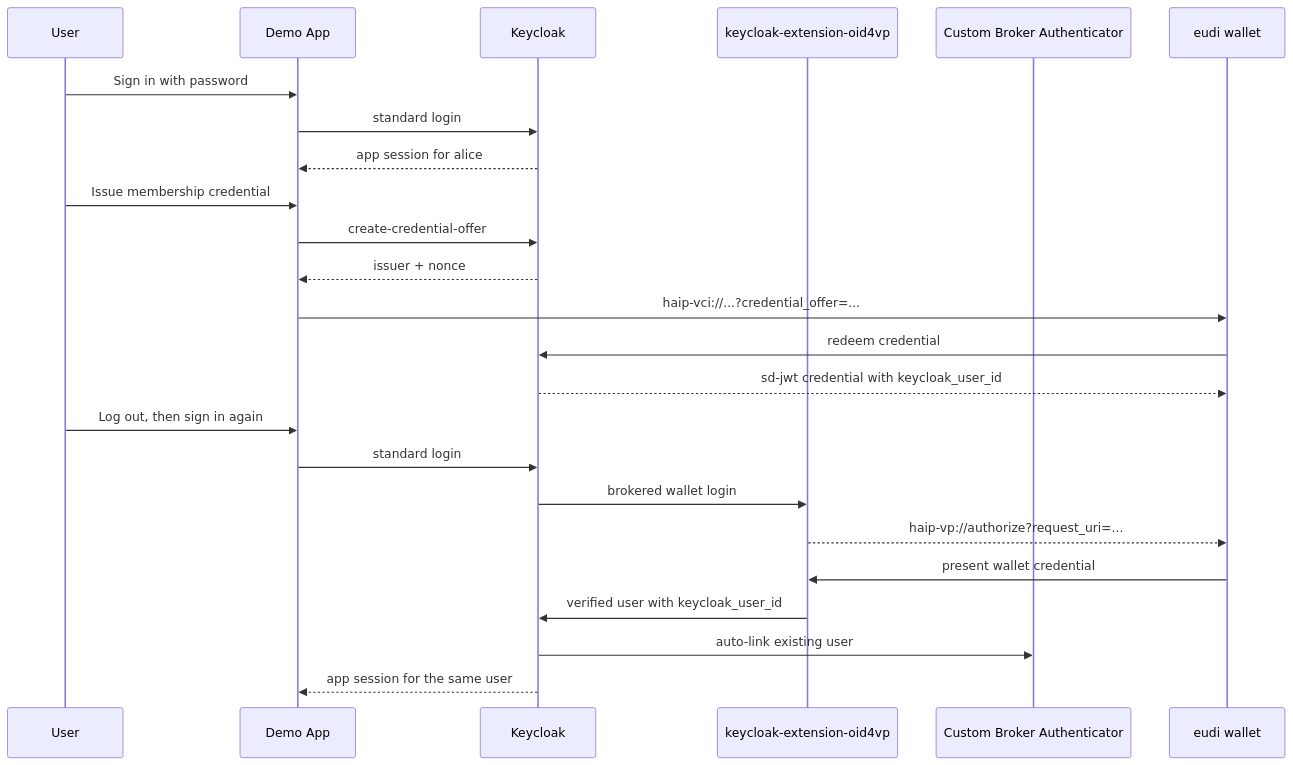
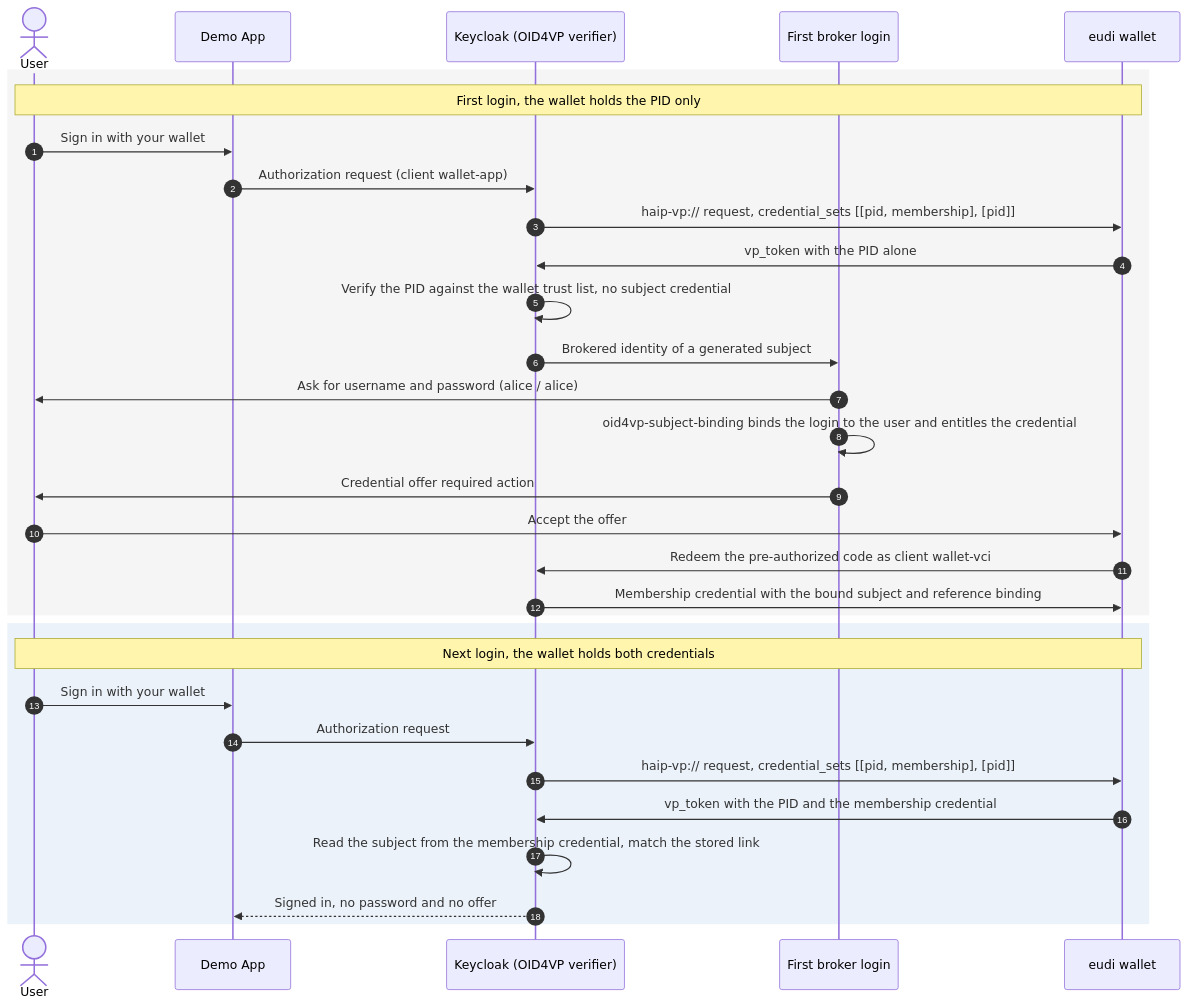
Before and after one commit to dominikschlosser/eudi-dev: the diagram in examples/keycloak-issuer-verifier-app/README.md, drawn with Mermaid. The commit also changed other lines of this file and 47 other files, not shown here.

Commit message:
fix: update the keycloak issuer example for keycloak 26.7.2

````diff
--- a/examples/keycloak-issuer-verifier-app/README.md
+++ b/examples/keycloak-issuer-verifier-app/README.md
@@ -38,28 +11,35 @@
 ```mermaid
 sequenceDiagram
-    participant U as User
+    autonumber
+    actor U as User
     participant APP as Demo App
-    participant KC as Keycloak
-    participant EXT as keycloak-extension-oid4vp
-    participant BROKER as Custom Broker Authenticator
+    participant KC as Keycloak (OID4VP verifier)
+    participant BROKER as First broker login
     participant W as eudi wallet
 
-    U->>APP: Sign in with password
-    APP->>KC: standard login
-    KC-->>APP: app session for alice
-    U->>APP: Issue membership credential
-    APP->>KC: create-credential-offer
-    KC-->>APP: issuer + nonce
-    APP->>W: haip-vci://...?credential_offer=...
-    W->>KC: redeem credential
-    KC-->>W: sd-jwt credential with keycloak_user_id
+    rect rgb(245, 245, 245)
+    note over U, W: First login, the wallet holds the PID only
+    U->>APP: Sign in with your wallet
+    APP->>KC: Authorization request (client wallet-app)
+    KC->>W: haip-vp:// request, credential_sets [[pid, membership], [pid]]
+    W->>KC: vp_token with the PID alone
+    KC->>KC: Verify the PID against the wallet trust list, no subject credential
+    KC->>BROKER: Brokered identity of a generated subject
+    BROKER->>U: Ask for username and password (alice / alice)
+    BROKER->>BROKER: oid4vp-subject-binding binds the login to the user and entitles the credential
+    BROKER->>U: Credential offer required action
+    U->>W: Accept the offer
+    W->>KC: Redeem the pre-authorized code as client wallet-vci
+    KC->>W: Membership credential with the bound subject and reference binding
+    end
 
-    U->>APP: Log out, then sign in again
-    APP->>KC: standard login
-    KC->>EXT: brokered wallet login
-    EXT-->>W: haip-vp://authorize?request_uri=...
-    W->>EXT: present wallet credential
-    EXT->>KC: verified user with keycloak_user_id
-    KC->>BROKER: auto-link existing user
-    KC-->>APP: app session for the same user
+    rect rgb(235, 242, 250)
+    note over U, W: Next login, the wallet holds both credentials
+    U->>APP: Sign in with your wallet
+    APP->>KC: Authorization request
+    KC->>W: haip-vp:// request, credential_sets [[pid, membership], [pid]]
+    W->>KC: vp_token with the PID and the membership credential
+    KC->>KC: Read the subject from the membership credential, match the stored link
+    KC-->>APP: Signed in, no password and no offer
+    end
 ```
````
